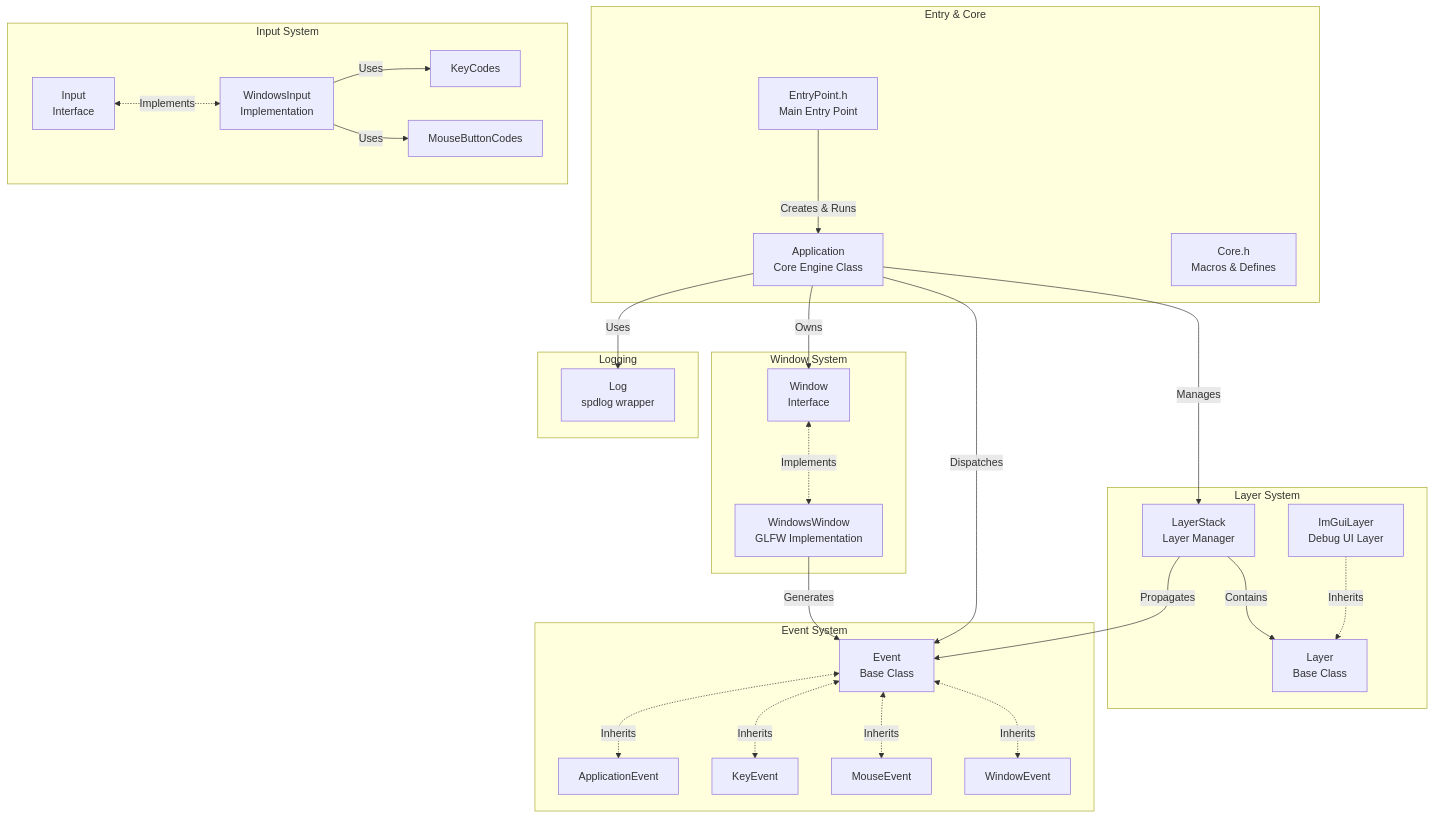
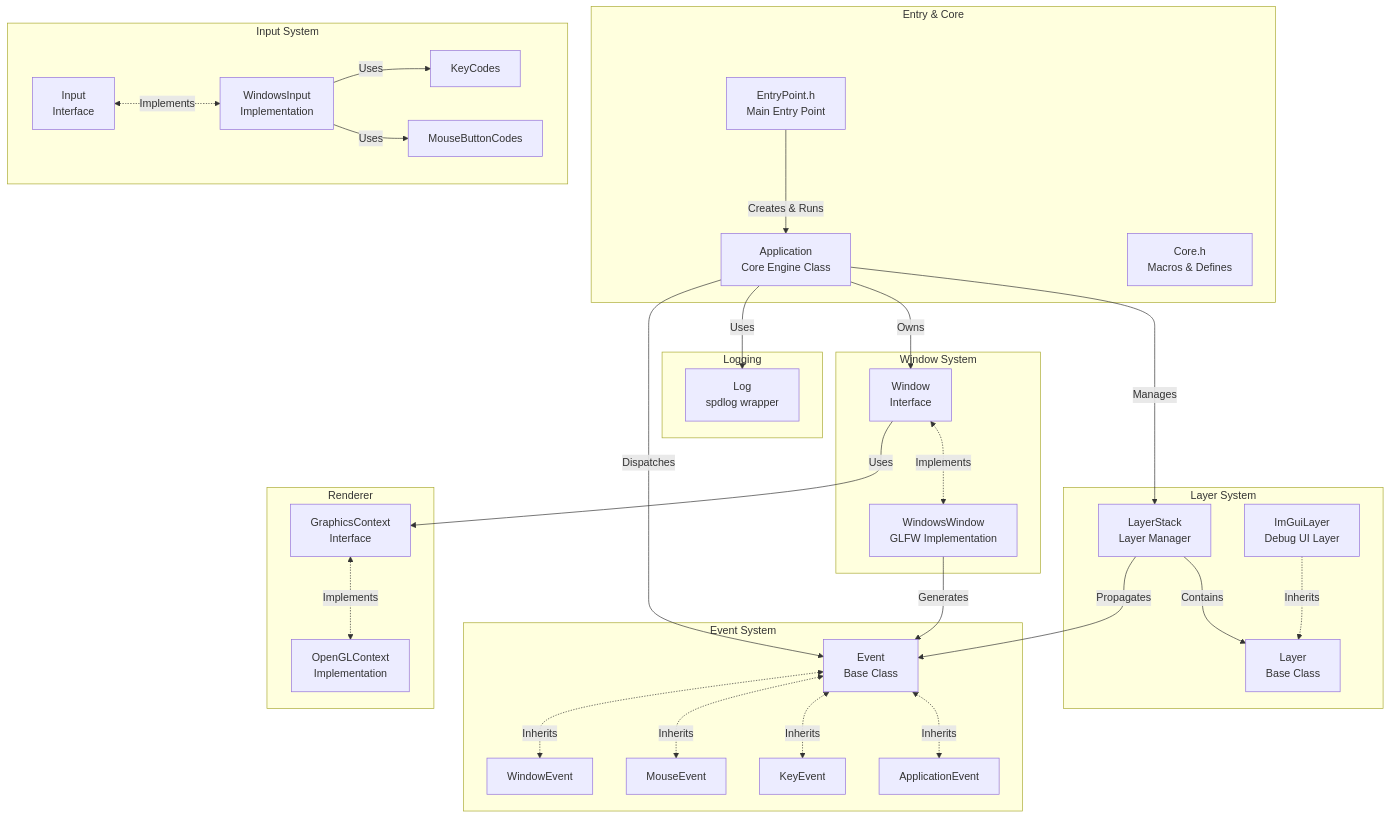
One commit to geon2419/Hazel changed the second of 10 diagrams in docs/ARCHITECTURE_MERMAID.md. Above: the diagram before and after it, drawn with Mermaid. The commit also changed other lines of this file and 8 other files, not shown here.

First line of the commit message:
feat: implement OpenGLContext based on GraphicsContext (#12)

````diff
--- a/docs/ARCHITECTURE_MERMAID.md
+++ b/docs/ARCHITECTURE_MERMAID.md
@@ -38,58 +38,65 @@
 ```mermaid
 graph TB
     subgraph "Entry & Core"
         Entry[EntryPoint.h<br/>Main Entry Point]
         App[Application<br/>Core Engine Class]
         Core[Core.h<br/>Macros & Defines]
     end
     
     subgraph "Layer System"
         LayerStack[LayerStack<br/>Layer Manager]
         Layer[Layer<br/>Base Class]
         ImGuiLayer[ImGuiLayer<br/>Debug UI Layer]
     end
     
     subgraph "Window System"
         WindowInt[Window<br/>Interface]
         WinWindow[WindowsWindow<br/>GLFW Implementation]
+    end
+
+    subgraph "Renderer"
+        ContextInt[GraphicsContext<br/>Interface]
+        GLContext[OpenGLContext<br/>Implementation]
     end
     
     subgraph "Event System"
         Event[Event<br/>Base Class]
         AppEvent[ApplicationEvent]
         KeyEvent[KeyEvent]
         MouseEvent[MouseEvent]
         WindowEvent[WindowEvent]
     end
     
     subgraph "Input System"
         Input[Input<br/>Interface]
         WinInput[WindowsInput<br/>Implementation]
         KeyCodes[KeyCodes]
         MouseCodes[MouseButtonCodes]
     end
     
     subgraph "Logging"
         Log[Log<br/>spdlog wrapper]
     end
     
     Entry -->|Creates & Runs| App
     App -->|Manages| LayerStack
     App -->|Owns| WindowInt
     App -->|Uses| Log
     LayerStack -->|Contains| Layer
     ImGuiLayer -.->|Inherits| Layer
     WindowInt <-.->|Implements| WinWindow
+    WindowInt -->|Uses| ContextInt
+    ContextInt <-.->|Implements| GLContext
     Input <-.->|Implements| WinInput
     WinInput -->|Uses| KeyCodes
     WinInput -->|Uses| MouseCodes
     
     Event <-.->|Inherits| AppEvent
     Event <-.->|Inherits| KeyEvent
     Event <-.->|Inherits| MouseEvent
     Event <-.->|Inherits| WindowEvent
     
     WinWindow -->|Generates| Event
     App -->|Dispatches| Event
     LayerStack -->|Propagates| Event
 ```
````
